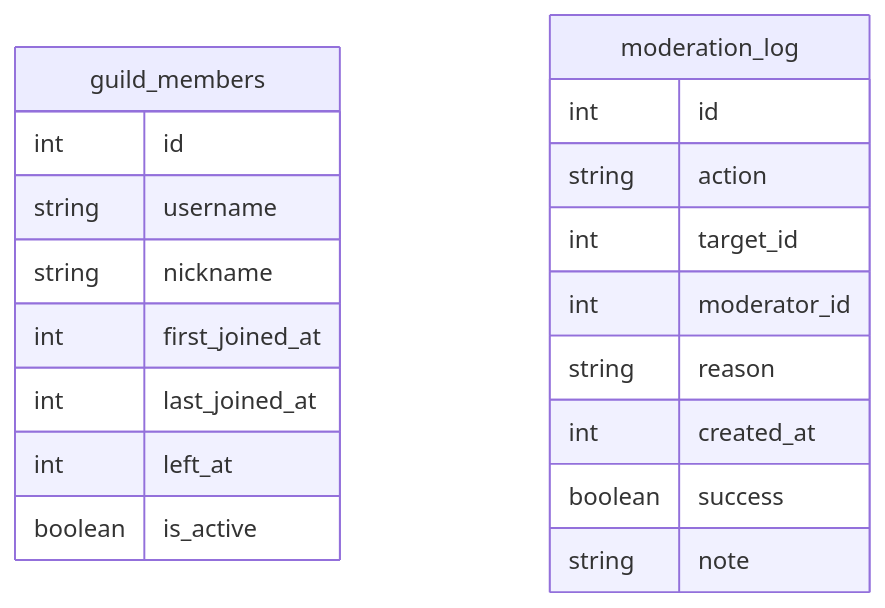
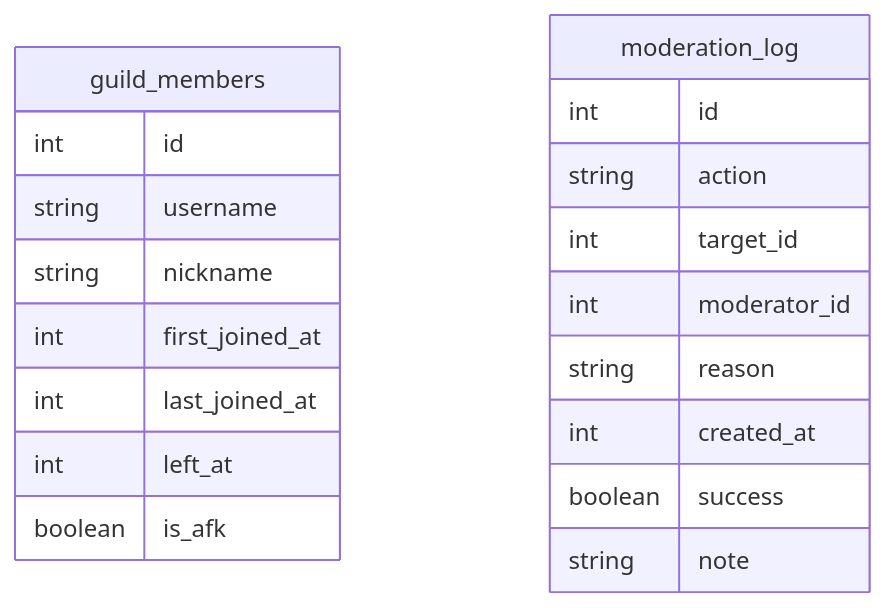
One commit to shuvoairan/kyro changed the diagram in README.md. Above: the diagram before and after it, drawn with Mermaid.

````diff
--- a/README.md
+++ b/README.md
@@ -1,23 +1,23 @@
 ```mermaid
 erDiagram
     guild_members {
         int id
         string username
         string nickname
         int first_joined_at
         int last_joined_at
         int left_at
-        boolean is_active
+        boolean is_afk
     }
 
     moderation_log {
         int id
         string action
         int target_id
         int moderator_id
         string reason
         int created_at
         boolean success
         string note
     }
 ```
````
